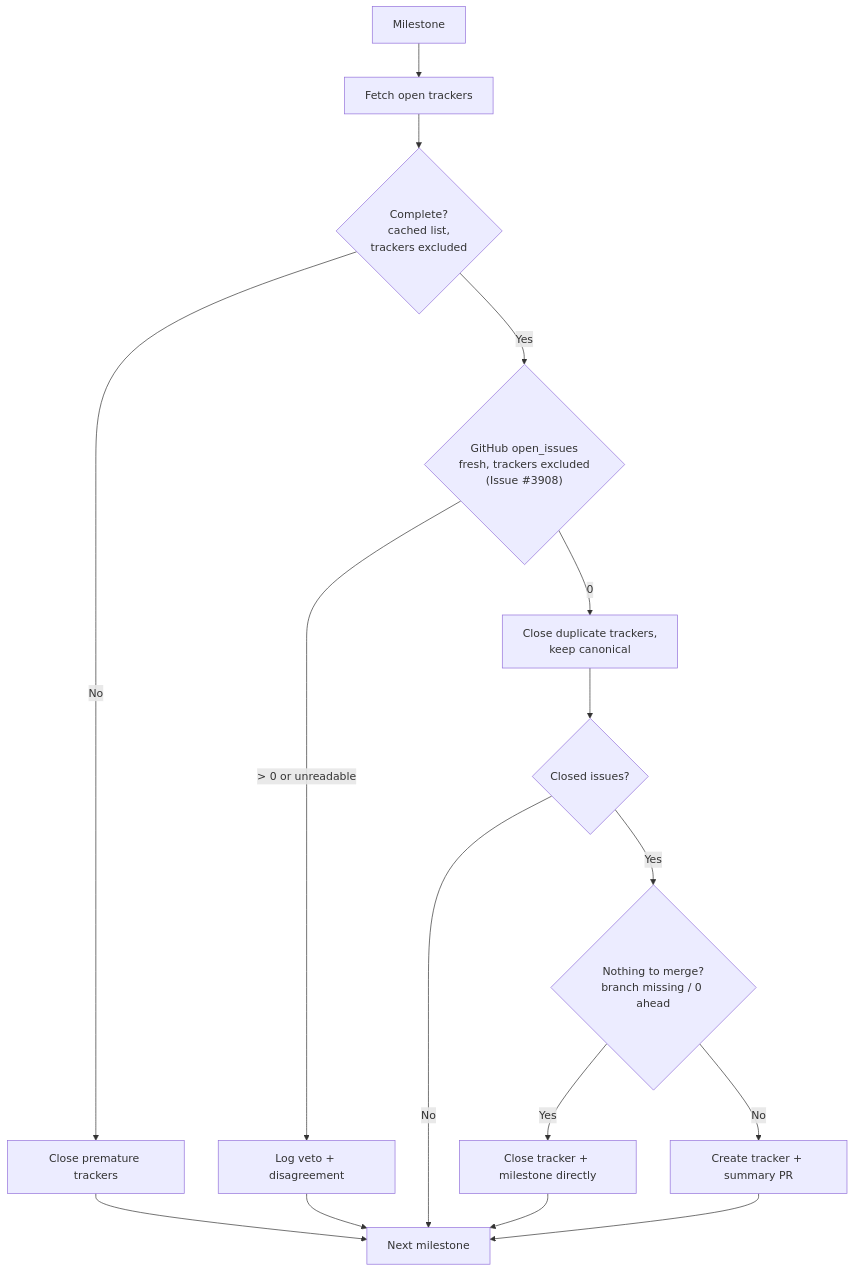
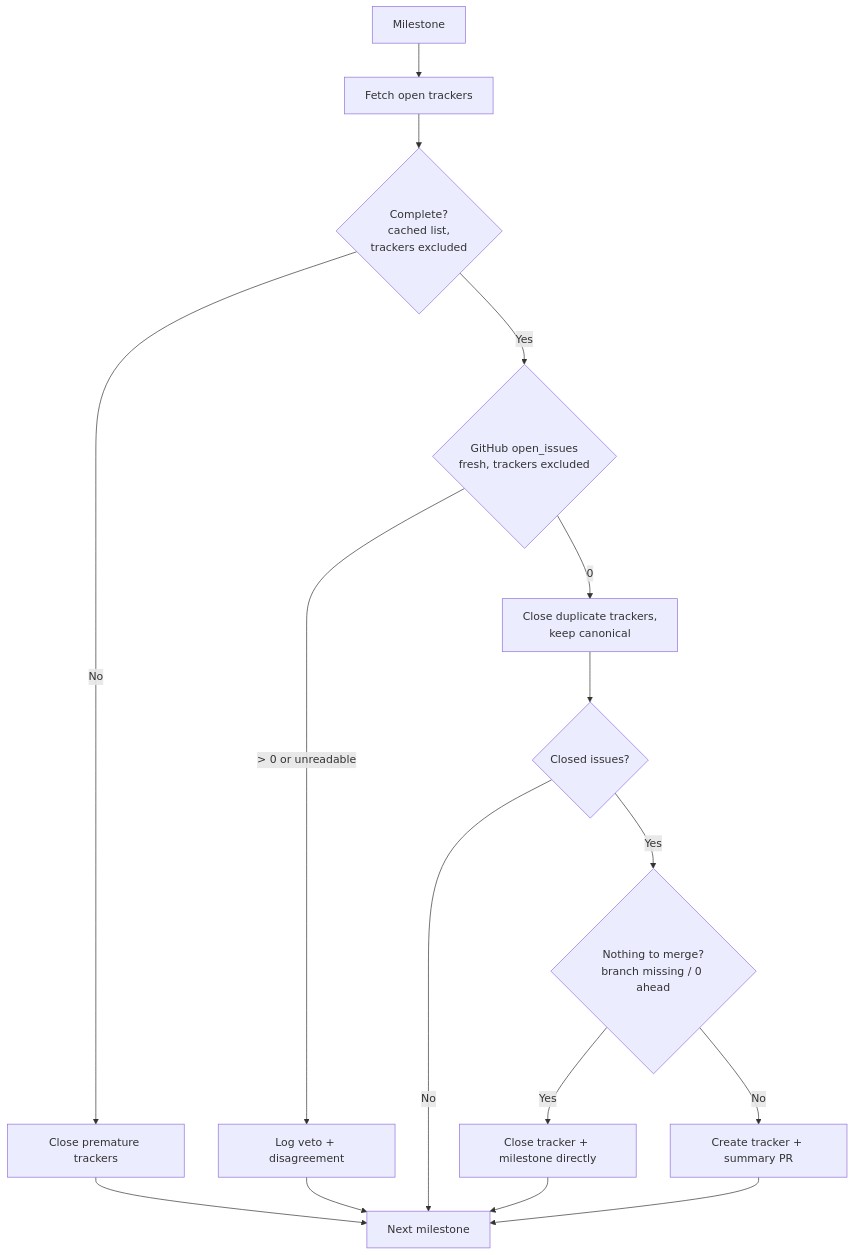
The tenth of 14 diagrams in docs/INTERNALS.md (stSoftwareAU/VibeCoder), drawn with Mermaid before and after one commit. The commit also changed other lines of this file and 291 other files, not shown here.

````diff
--- a/docs/INTERNALS.md
+++ b/docs/INTERNALS.md
@@ -1401,14 +1398,14 @@
 ```mermaid
 flowchart TD
     A[Milestone] --> T[Fetch open trackers]
     T --> C{Complete?<br/>cached list,<br/>trackers excluded}
     C -- No --> P[Close premature trackers] --> Z[Next milestone]
-    C -- Yes --> V{"GitHub open_issues<br/>fresh, trackers excluded<br/>(Issue #3908)"}
+    C -- Yes --> V{"GitHub open_issues<br/>fresh, trackers excluded<br/>"}
     V -- "> 0 or unreadable" --> W[Log veto + disagreement] --> Z
     V -- 0 --> D[Close duplicate trackers,<br/>keep canonical]
     D --> E{Closed issues?}
     E -- No --> Z
     E -- Yes --> N{Nothing to merge?<br/>branch missing / 0 ahead}
     N -- Yes --> F[Close tracker + milestone directly] --> Z
     N -- No --> G[Create tracker + summary PR] --> Z
 ```
````
